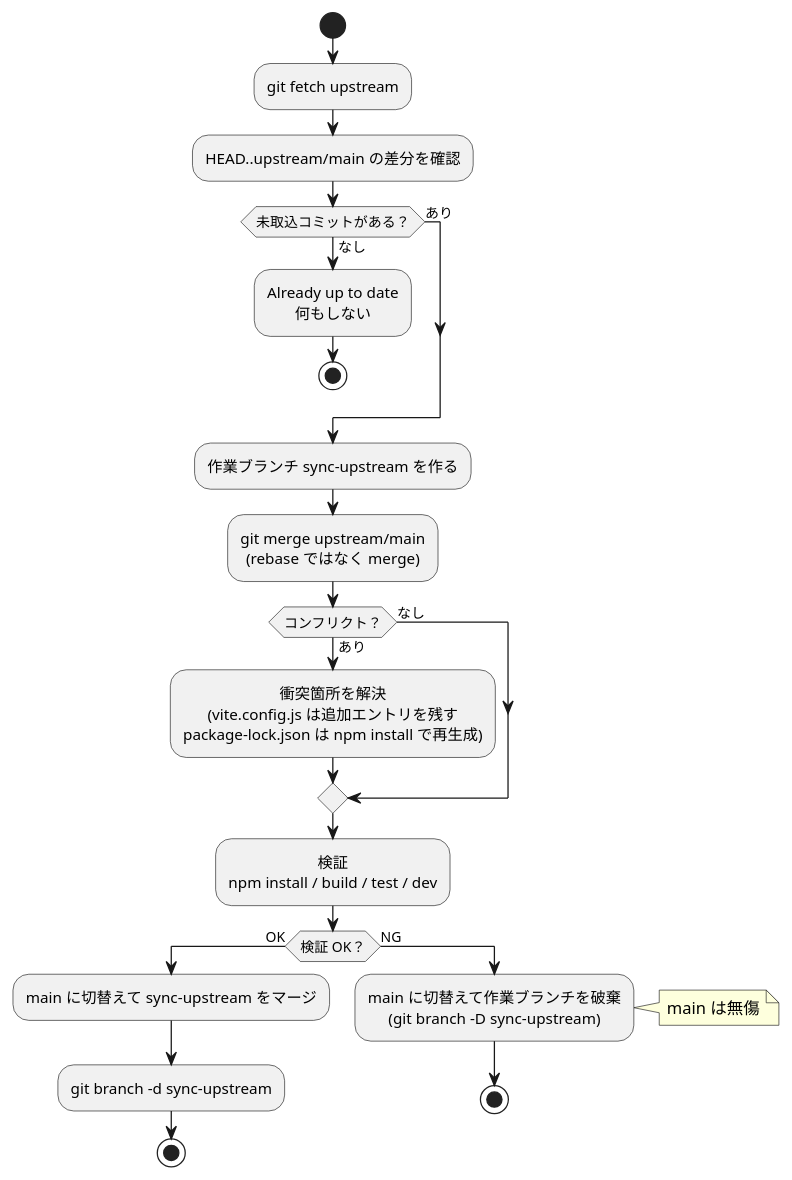
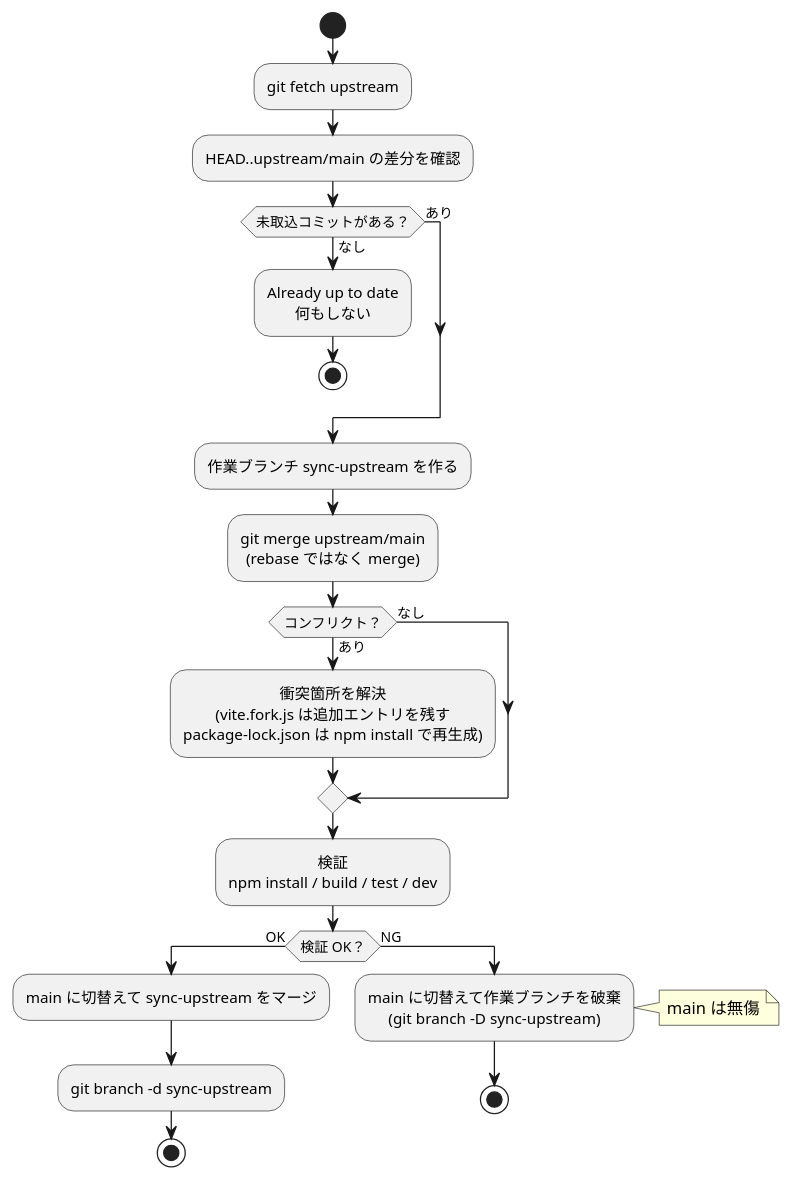
Before and after one commit to tommie-jp/tomari-guruguru: the diagram in docs-camera/51-フォーク元の取り込み.md, drawn with PlantUML. The commit also changed other lines of this file and 29 other files, not shown here.

````diff
--- a/docs-camera/51-フォーク元の取り込み.md
+++ b/docs-camera/51-フォーク元の取り込み.md
@@ -55,33 +56,33 @@
 ```plantuml
 @startuml
 skinparam shadowing false
 skinparam defaultTextAlignment center
 
 start
 :git fetch upstream;
 :HEAD..upstream/main の差分を確認;
 if (未取込コミットがある？) then (なし)
   :Already up to date\n何もしない;
   stop
 else (あり)
 endif
 :作業ブランチ sync-upstream を作る;
 :git merge upstream/main\n(rebase ではなく merge);
 if (コンフリクト？) then (あり)
-  :衝突箇所を解決\n(vite.config.js は追加エントリを残す\npackage-lock.json は npm install で再生成);
+  :衝突箇所を解決\n(vite.fork.js は追加エントリを残す\npackage-lock.json は npm install で再生成);
 else (なし)
 endif
 :検証\nnpm install / build / test / dev;
 if (検証 OK？) then (OK)
   :main に切替えて sync-upstream をマージ;
   :git branch -d sync-upstream;
   stop
 else (NG)
   :main に切替えて作業ブランチを破棄\n(git branch -D sync-upstream);
   note right
     main は無傷
   end note
   stop
 endif
 @enduml
 ```
````
